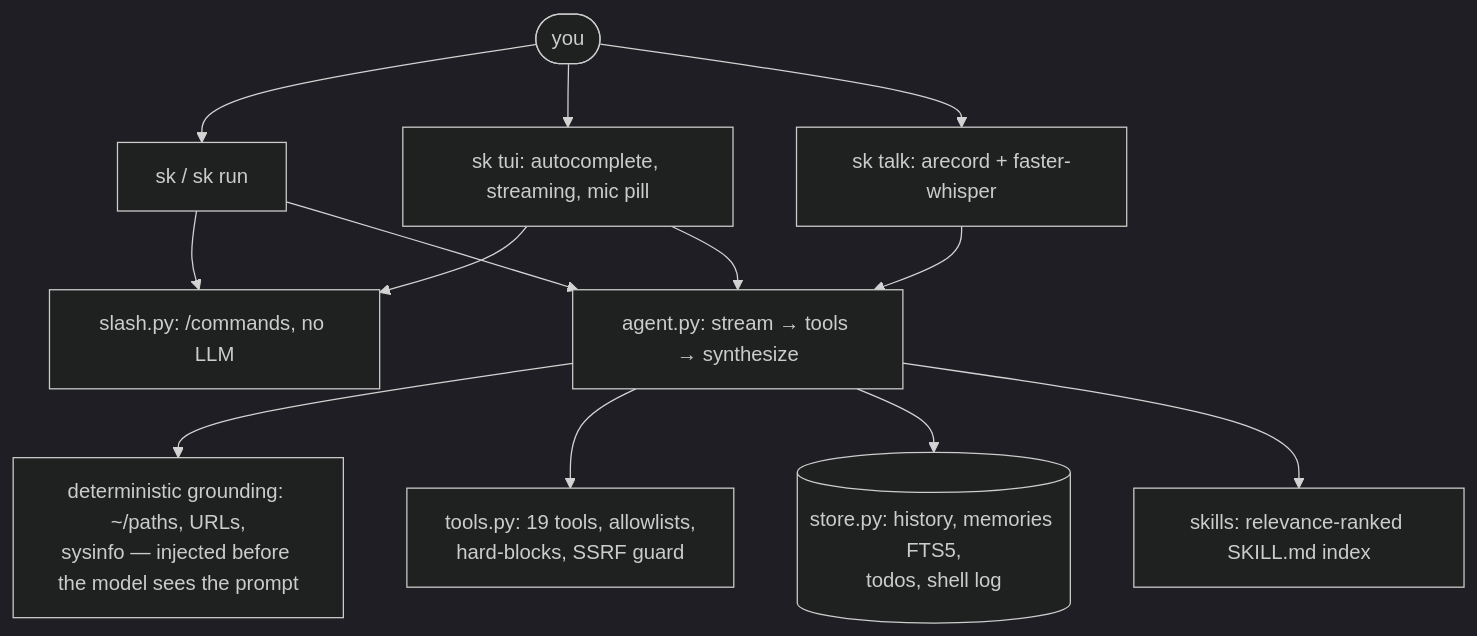
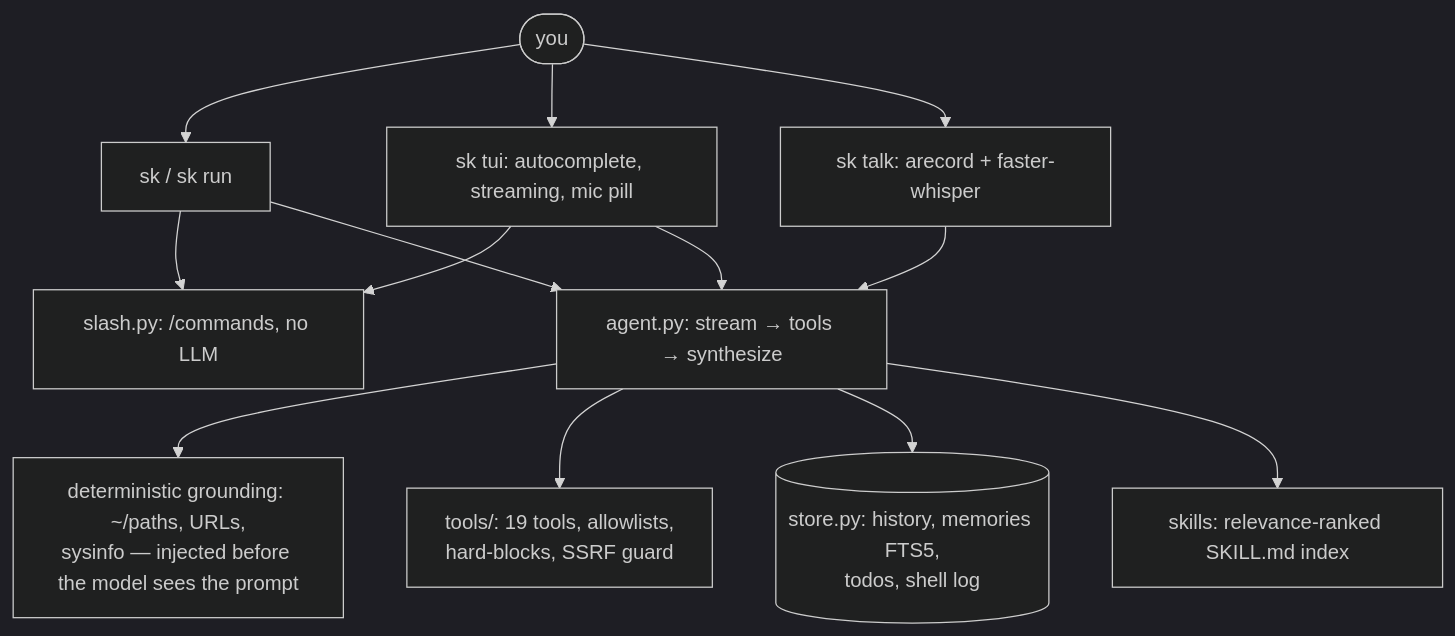
Before and after one commit to Faisal-Fayaz/sidekick: the diagram in README.md, drawn with Mermaid (dark theme). The commit also changed other lines of this file and 13 other files, not shown here.

````diff
--- a/README.md
+++ b/README.md
@@ -188,15 +186,15 @@
 ```mermaid
 flowchart TB
     U([you]) --> CLI[sk / sk run]
     U --> TUI[sk tui: autocomplete, streaming, mic pill]
     U --> VOICE[sk talk: arecord + faster-whisper]
     CLI --> SLASH[slash.py: /commands, no LLM]
     TUI --> SLASH
     VOICE --> AGENT
     CLI --> AGENT[agent.py: stream → tools → synthesize]
     TUI --> AGENT
     AGENT --> GROUND[deterministic grounding: ~/paths, URLs,\nsysinfo — injected before the model sees the prompt]
-    AGENT --> TOOLS[tools.py: 19 tools, allowlists,\nhard-blocks, SSRF guard]
+    AGENT --> TOOLS[tools/: 19 tools, allowlists,\nhard-blocks, SSRF guard]
     AGENT --> MEM[(store.py: history, memories FTS5,\ntodos, shell log)]
     AGENT --> SKILLS[skills: relevance-ranked SKILL.md index]
 ```
````
